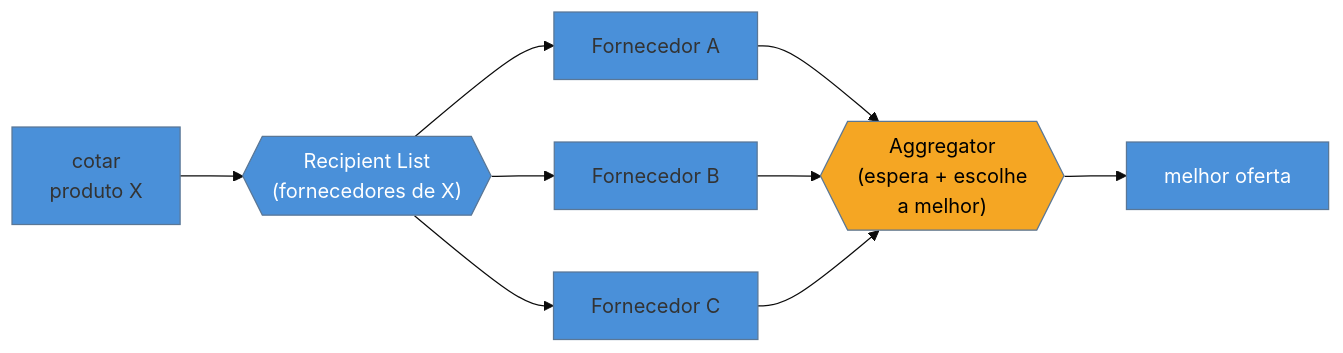
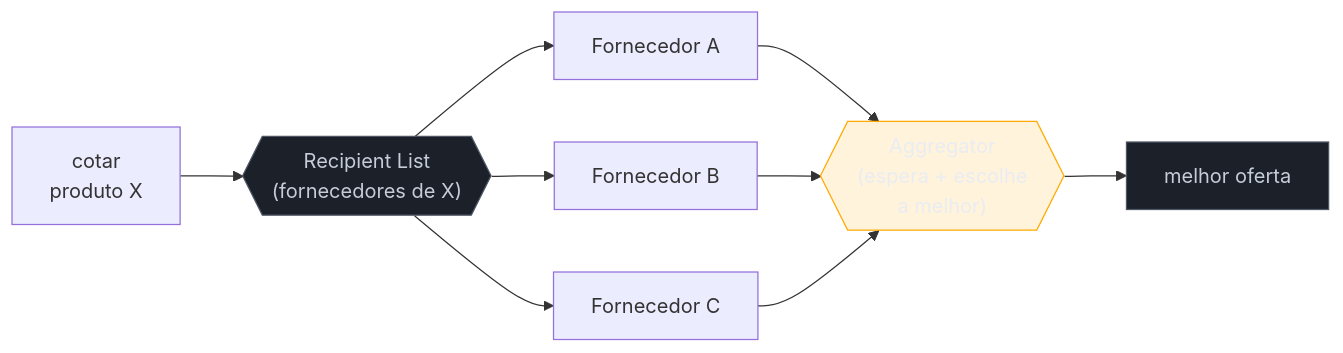
One commit to josenaldo/codex-technomanticus changed the diagram in 03-Dominios/Engenharia/Design de Software/Padrões de Projeto/Integração Empresarial (EIP)/07 - Recipient List + Scatter-Gather + Resequencer.md. Above: the diagram before and after it, drawn with Mermaid. The commit also changed 1181 other files, not shown here.

First line of the commit message:
fix(diagramas): paleta do sistema no lugar de cor cravada no markdown

````diff
--- a/03-Dominios/Engenharia/Design de Software/Padrões de Projeto/Integração Empresarial (EIP)/07 - Recipient List + Scatter-Gather + Resequencer.md
+++ b/03-Dominios/Engenharia/Design de Software/Padrões de Projeto/Integração Empresarial (EIP)/07 - Recipient List + Scatter-Gather + Resequencer.md
@@ -44,13 +44,14 @@
 ```mermaid
-%%{init: {"theme": "base", "themeVariables": {"primaryColor": "#4A90D9"}}}%%
 graph LR
+    classDef neutro fill:#1B2029,stroke:#4E5666,color:#C6CCD8
+    classDef destaque fill:#FFAA0024,stroke:#FFAA00,color:#E9ECF2
     REQ["cotar<br/>produto X"] --> RL{{"Recipient List<br/>(fornecedores de X)"}}
     RL --> F1["Fornecedor A"] --> AG
     RL --> F2["Fornecedor B"] --> AG
     RL --> F3["Fornecedor C"] --> AG{{"Aggregator<br/>(espera + escolhe<br/>a melhor)"}}
     AG --> BEST["melhor oferta"]
 
-    style RL fill:#4A90D9,color:#fff
-    style AG fill:#F5A623,color:#000
-    style BEST fill:#4A90D9,color:#fff
+    class RL neutro
+    class AG destaque
+    class BEST neutro
 ```
````
